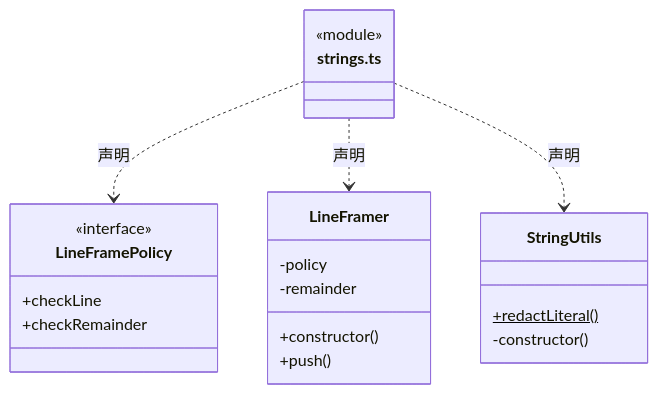
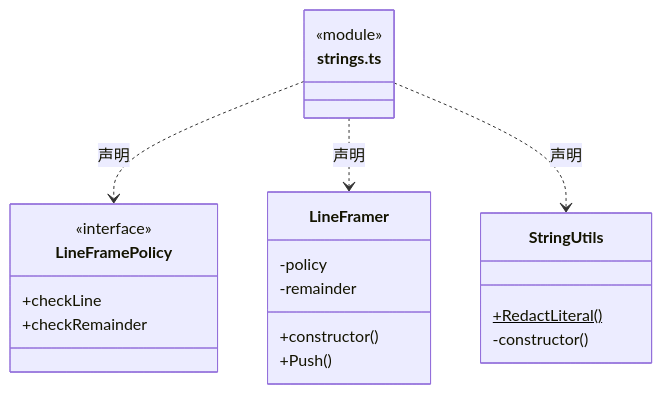
The sixth of 8 diagrams in src/core/utility/ARCHITECTURE.md (nan023062/cbim), drawn with Mermaid before and after one commit. The commit also changed other lines of this file and 1035 other files, not shown here.

````diff
--- a/src/core/utility/ARCHITECTURE.md
+++ b/src/core/utility/ARCHITECTURE.md
@@ -146,24 +146,24 @@
 ```mermaid
 classDiagram
 class N_src_core_utility_strings_ts["strings.ts"] {
   <<module>>
 }
 class N_src_core_utility_strings_ts_LineFramePolicy["LineFramePolicy"] {
   <<interface>>
   +checkLine
   +checkRemainder
 }
 N_src_core_utility_strings_ts ..> N_src_core_utility_strings_ts_LineFramePolicy : 声明
 class N_src_core_utility_strings_ts_LineFramer["LineFramer"] {
   +constructor()
-  +push()
+  +Push()
   -policy
   -remainder
 }
 N_src_core_utility_strings_ts ..> N_src_core_utility_strings_ts_LineFramer : 声明
 class N_src_core_utility_strings_ts_StringUtils["StringUtils"] {
-  +redactLiteral()$
+  +RedactLiteral()$
   -constructor()
 }
 N_src_core_utility_strings_ts ..> N_src_core_utility_strings_ts_StringUtils : 声明
 ```
````
